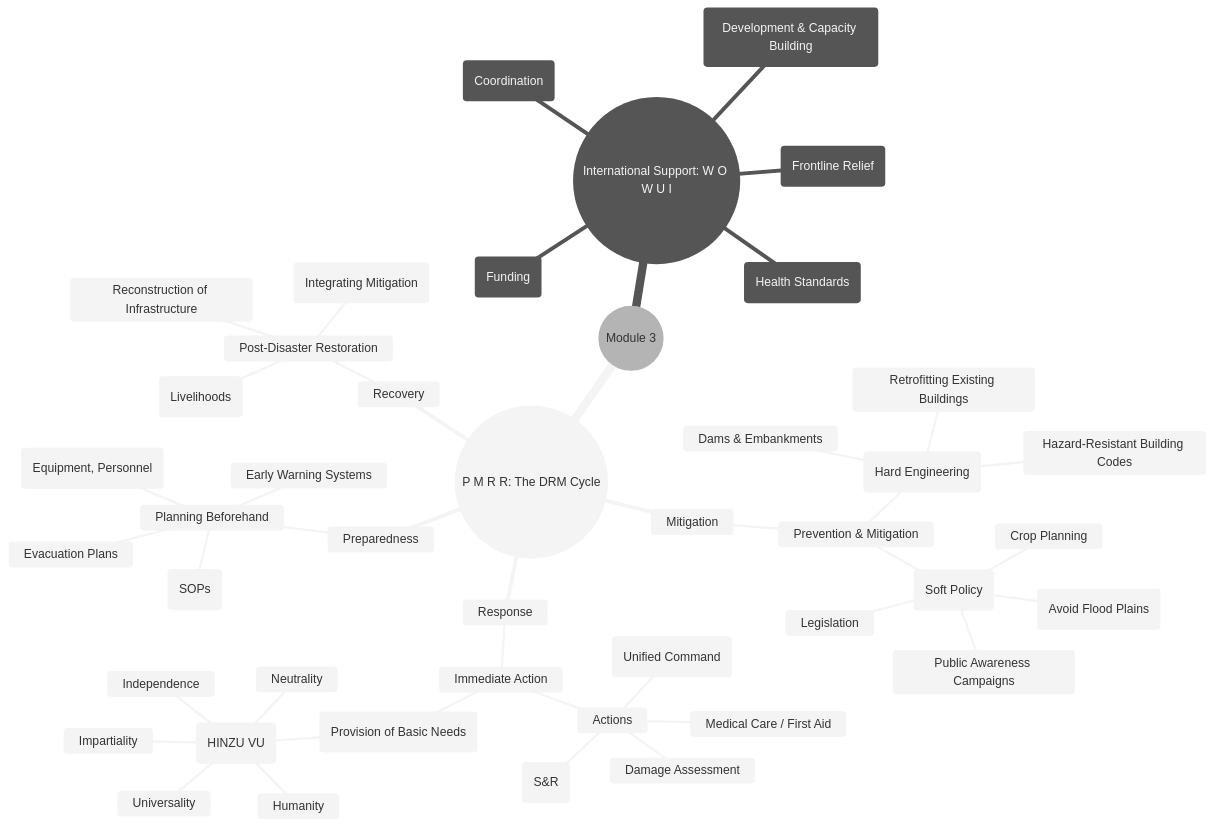
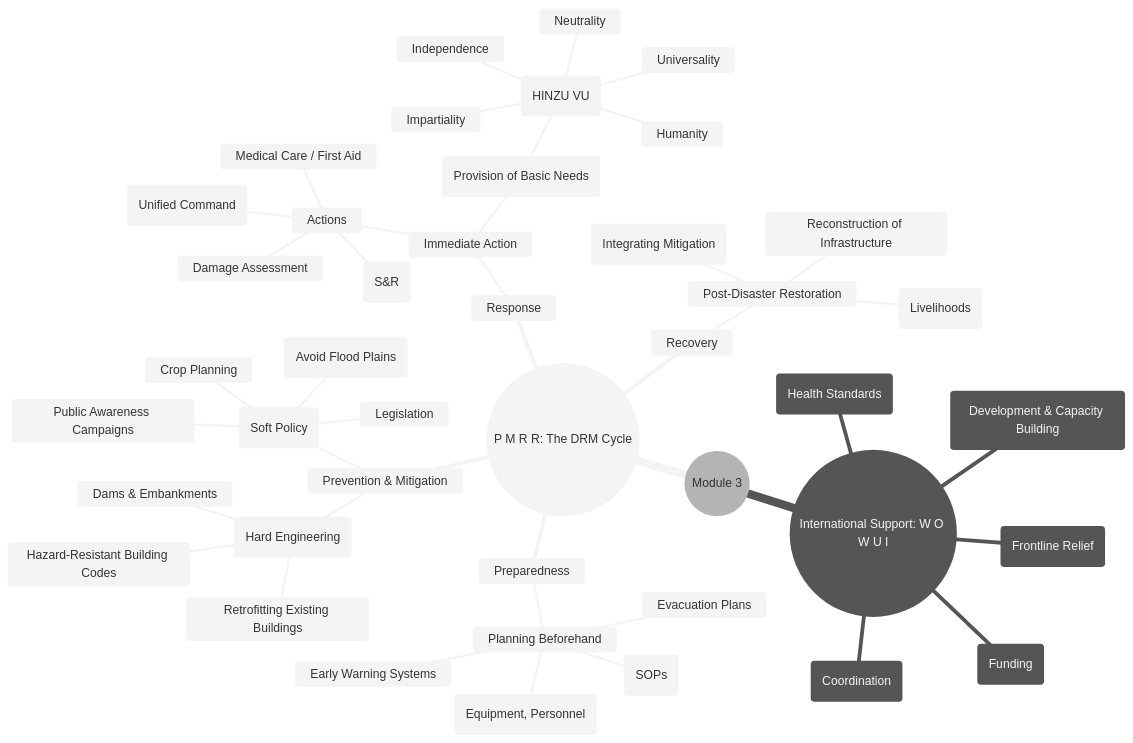
One commit to djmahe4/ktu-mindmaps changed the fourth of 4 diagrams in s5/DM.md. Above: the diagram before and after it, drawn with Mermaid (neutral theme).

````diff
--- a/s5/DM.md
+++ b/s5/DM.md
@@ -484,48 +484,47 @@
 ```mermaid
 mindmap
   root((Module 3))
     Strategy((P M R R: The DRM Cycle))
-      Mitigation
-        Prevention & Mitigation
-          Structural Measures (Hard Engineering)
-            Dams & Embankments
-            Hazard-Resistant Building Codes
-            Retrofitting Existing Buildings
-          Non-Structural Measures (Soft Policy)
-            Land Use Zoning (Avoid Flood Plains)
-            Public Awareness Campaigns
-            Crop Planning
-            Legislation
       Preparedness
         Planning Beforehand
           Early Warning Systems
           Evacuation Plans
           Standard Operating Procedures (SOPs)
           Inventory of Resources (Equipment, Personnel)
+      Prevention & Mitigation
+       Structural Measures (Hard Engineering)
+         Dams & Embankments
+         Hazard-Resistant Building Codes
+         Retrofitting Existing Buildings
+       Non-Structural Measures (Soft Policy)
+         Land Use Zoning (Avoid Flood Plains)
+         Public Awareness Campaigns
+         Crop Planning
+         Legislation
       Response
         Immediate Action
           Actions
             Search and Rescue (S&R)
             Medical Care / First Aid
             Damage Assessment
             Coordination (Unified Command)
           Relief (Provision of Basic Needs)
             Principles (HINZU VU)
               Humanity
               Impartiality
               Neutrality
               Independence
               Universality
       Recovery
         Post-Disaster Restoration
           Reconstruction of Infrastructure
           Economic Rehabilitation (Livelihoods)
           Building Back Better (Integrating Mitigation)
     Institutions((International Support: W O W U I))
       OCHA (Coordination)
       UNDP (Development & Capacity Building)
       IFRC (Frontline Relief)
       WHO (Health Standards)
       World Bank (Funding)
 
 ```
````
